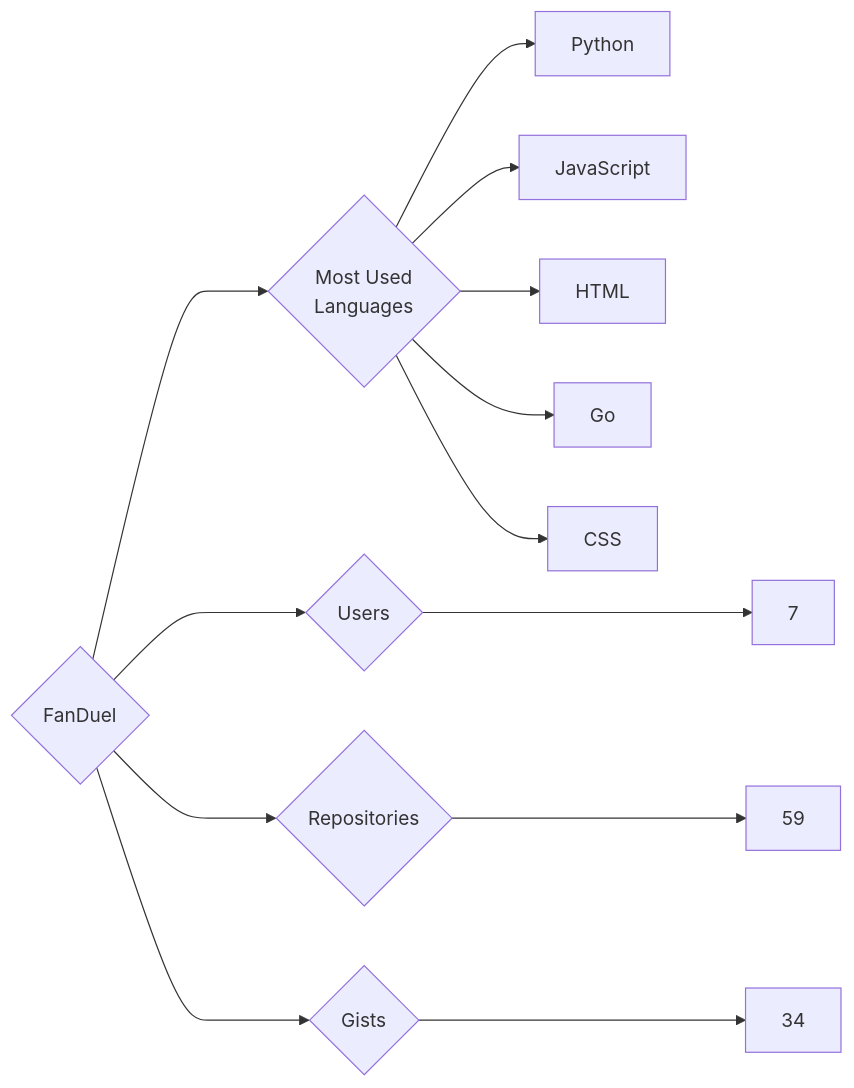
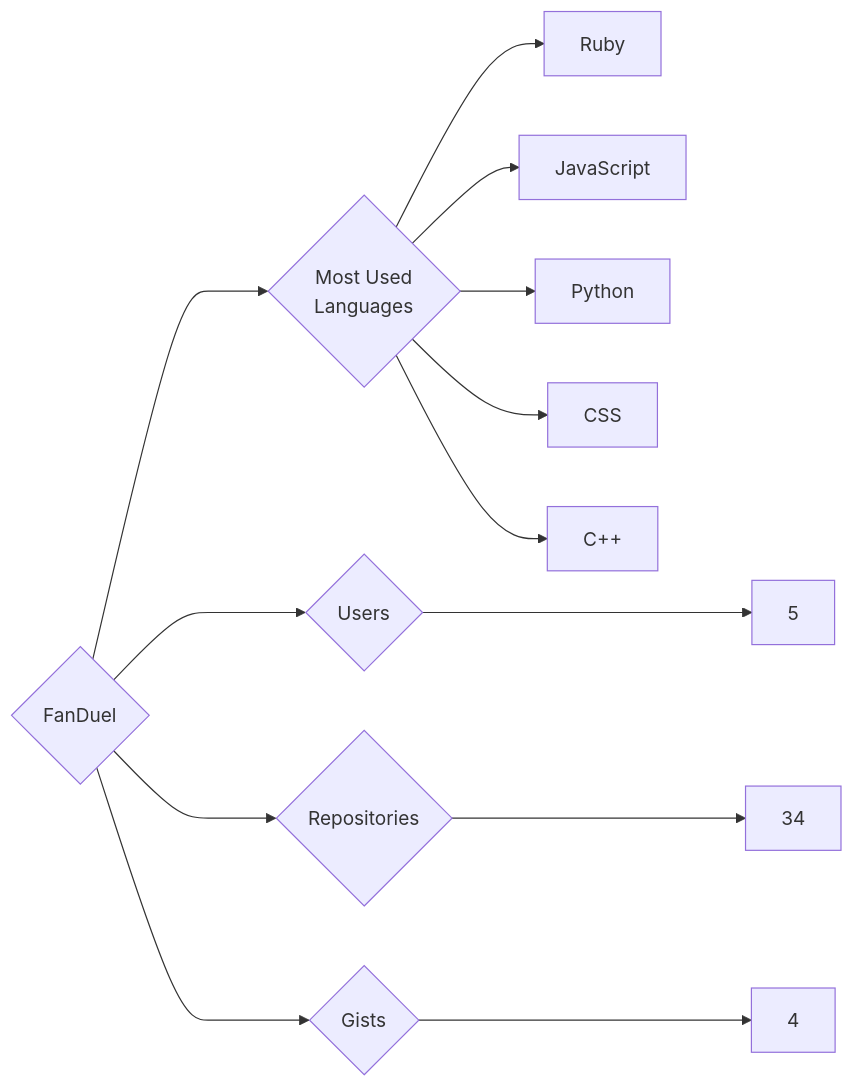
Before and after one commit to trickest/insiders: the diagram in targets/FanDuel/README.md, drawn with Mermaid. The commit also changed 1166 other files, not shown here.

````diff
--- a/targets/FanDuel/README.md
+++ b/targets/FanDuel/README.md
@@ -3,13 +3,13 @@
 ```mermaid
 graph LR
 COMPANY_NAME{FanDuel}
-COMPANY_NAME ---> U{Users} ---> UN[7]
-COMPANY_NAME ---> R{Repositories} ---> RN[59]
-COMPANY_NAME ---> G{Gists} ---> GN[34]
+COMPANY_NAME ---> U{Users} ---> UN[5]
+COMPANY_NAME ---> R{Repositories} ---> RN[34]
+COMPANY_NAME ---> G{Gists} ---> GN[4]
 COMPANY_NAME ---> ML{Most Used<br>Languages}
+ML --> Ruby[Ruby]
+ML --> JavaScript[JavaScript]
 ML --> Python[Python]
-ML --> JavaScript[JavaScript]
-ML --> HTML[HTML]
-ML --> Go[Go]
 ML --> CSS[CSS]
+ML --> C++[C++]
 ```
````
